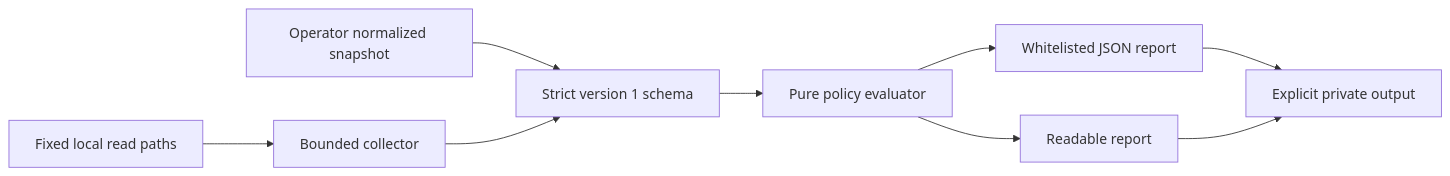
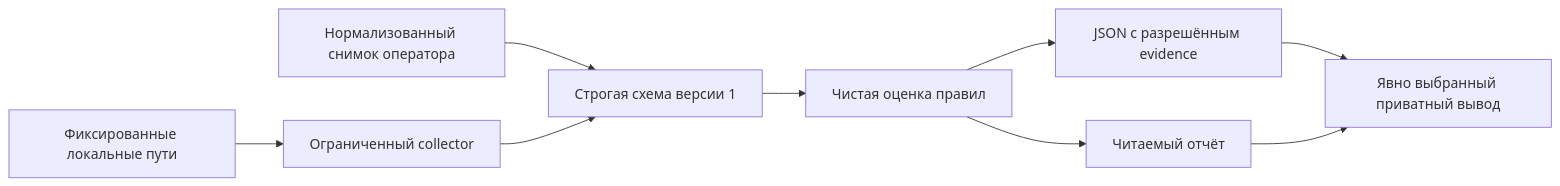
The diagram in docs/architecture.md (mejustbox-byte/linux-opsec-auditor), drawn with Mermaid before and after one commit. The commit also changed other lines of this file and 47 other files, not shown here.

````diff
--- a/docs/architecture.md
+++ b/docs/architecture.md
@@ -3,11 +3,11 @@
 ```mermaid
 flowchart LR
-    F[Fixed local read paths] --> C[Bounded collector]
-    O[Operator normalized snapshot] --> S[Strict version 1 schema]
+    F[Фиксированные локальные пути] --> C[Ограниченный collector]
+    O[Нормализованный снимок оператора] --> S[Строгая схема версии 1]
     C --> S
-    S --> E[Pure policy evaluator]
-    E --> J[Whitelisted JSON report]
-    E --> T[Readable report]
-    J --> P[Explicit private output]
+    S --> E[Чистая оценка правил]
+    E --> J[JSON с разрешённым evidence]
+    E --> T[Читаемый отчёт]
+    J --> P[Явно выбранный приватный вывод]
     T --> P
 ```
````
